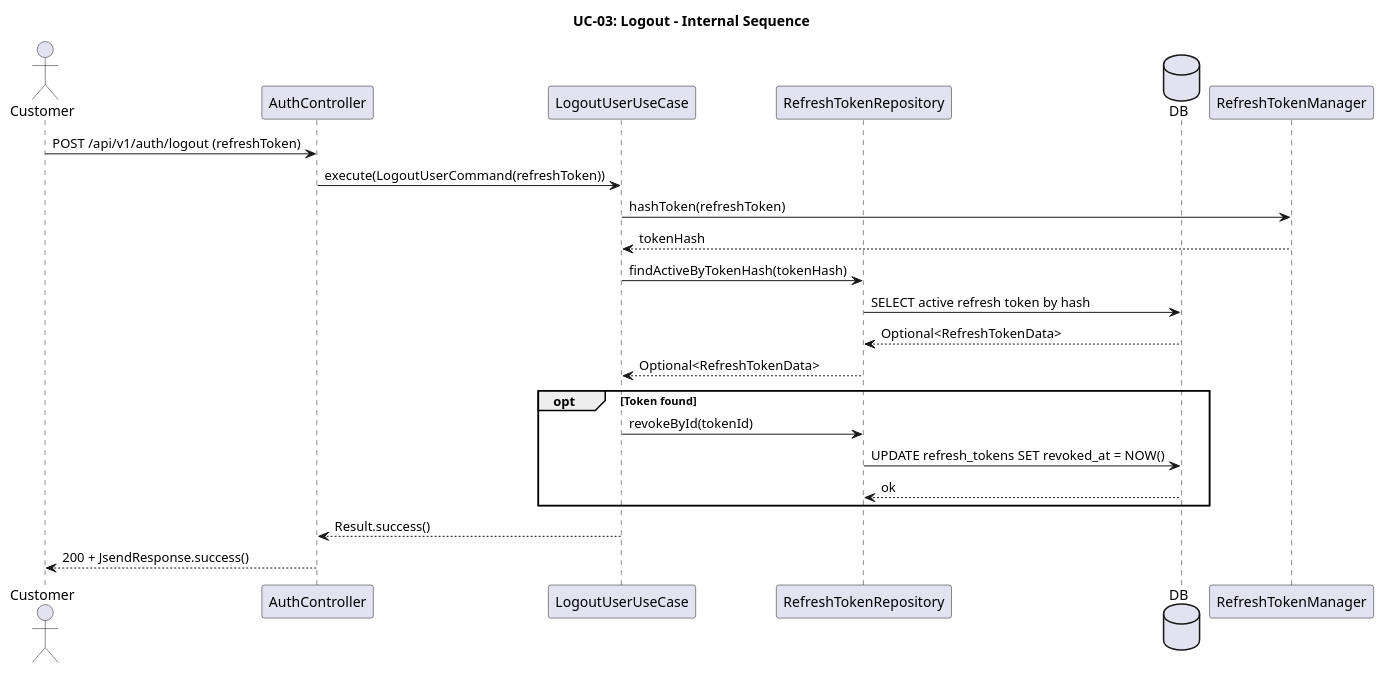
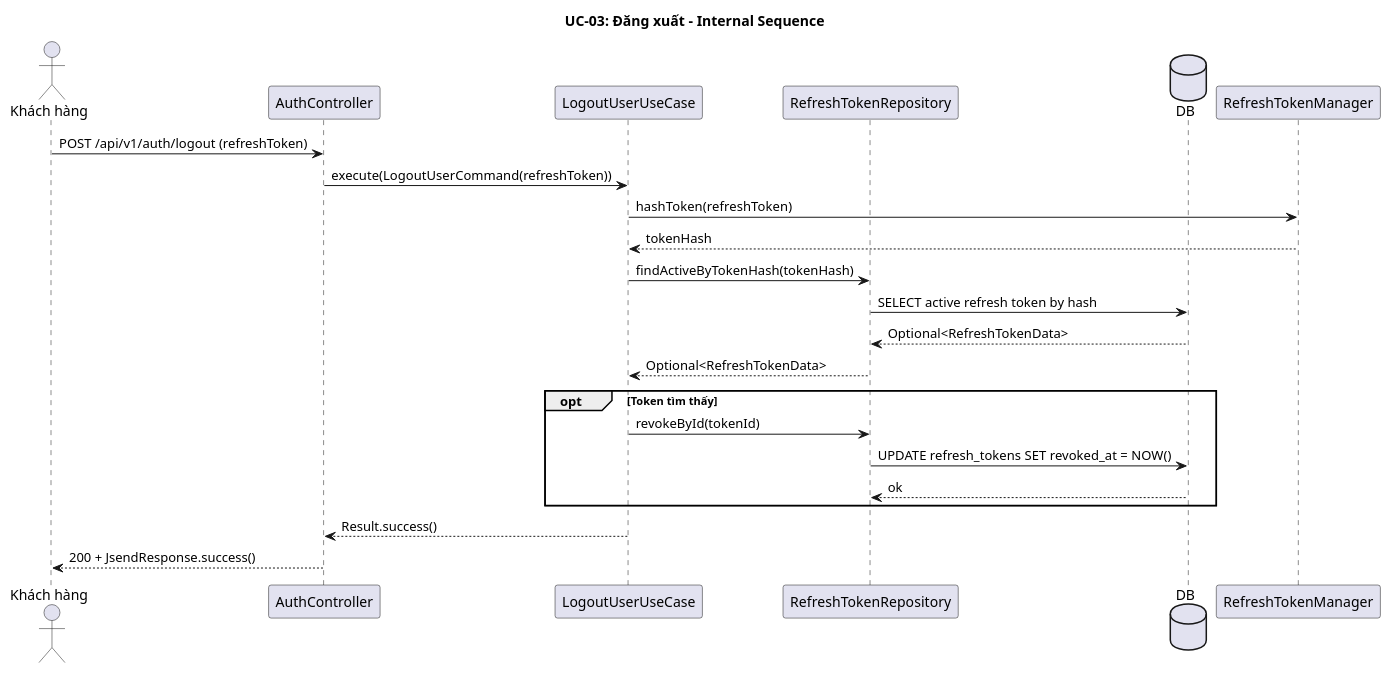
One commit to Phunguy65/train-ticket-booking-system-plus changed the sixth of 7 diagrams in docs/usecases/UC-03-dang-xuat.md. Above: the diagram before and after it, drawn with PlantUML. The commit also changed other lines of this file and 14 other files, not shown here.

````diff
--- a/docs/usecases/UC-03-dang-xuat.md
+++ b/docs/usecases/UC-03-dang-xuat.md
@@ -135,30 +181,30 @@
 ```plantuml
 @startuml UC-03-internal
-title UC-03: Logout - Internal Sequence
+title UC-03: Đăng xuất - Internal Sequence
 
-actor "Customer" as Actor
+actor "Khách hàng" as Actor
 participant "AuthController" as CTL
 participant "LogoutUserUseCase" as UC
 participant "RefreshTokenRepository" as REPO
 database "DB" as DB
 participant "RefreshTokenManager" as PORT
 
 Actor -> CTL: POST /api/v1/auth/logout (refreshToken)
 CTL -> UC: execute(LogoutUserCommand(refreshToken))
 UC -> PORT: hashToken(refreshToken)
 PORT --> UC: tokenHash
 UC -> REPO: findActiveByTokenHash(tokenHash)
 REPO -> DB: SELECT active refresh token by hash
 DB --> REPO: Optional<RefreshTokenData>
 REPO --> UC: Optional<RefreshTokenData>
 
-opt Token found
+opt Token tìm thấy
     UC -> REPO: revokeById(tokenId)
     REPO -> DB: UPDATE refresh_tokens SET revoked_at = NOW()
     DB --> REPO: ok
 end
 
 UC --> CTL: Result.success()
 CTL --> Actor: 200 + JsendResponse.success()
 @enduml
 ```
````
